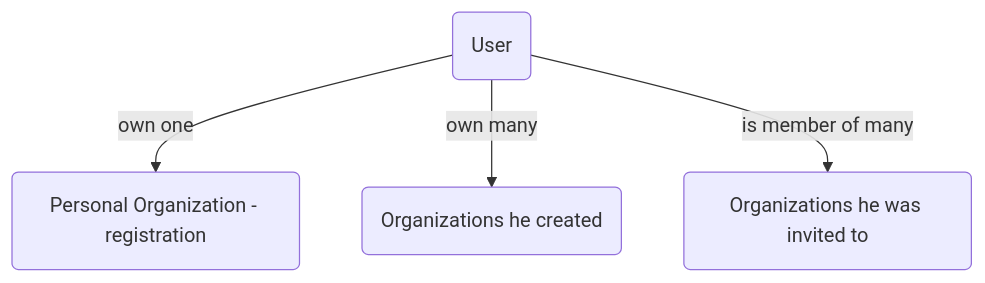
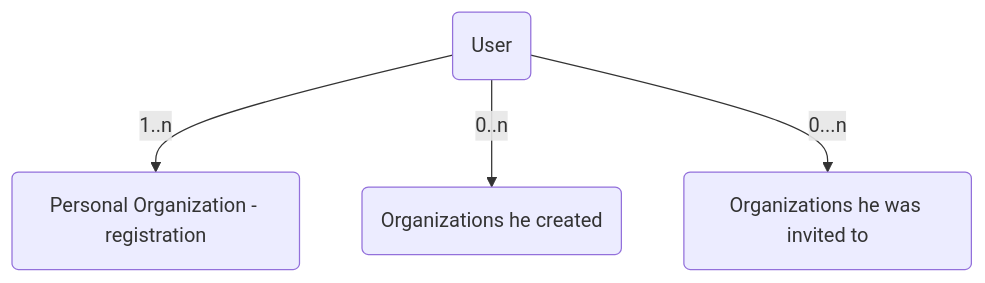
The second of 2 diagrams in docs/pages/astra/create-account.md (awesome-astra/docs), drawn with Mermaid before and after one commit. The commit also changed other lines of this file and 18 other files, not shown here.

````diff
--- a/docs/pages/astra/create-account.md
+++ b/docs/pages/astra/create-account.md
@@ -91,6 +110,6 @@
 ```mermaid
   graph TD
-    USER(User) -->|own one| PORG(Personal Organization - registration)
-    USER -->|own many| CORG(Organizations he created)
-    USER -->|is member of many| IORG(Organizations he was invited to)
+    USER(User) -->|1..n| PORG(Personal Organization - registration)
+    USER -->|0..n| CORG(Organizations he created)
+    USER -->|0...n| IORG(Organizations he was invited to)
 ```
````
